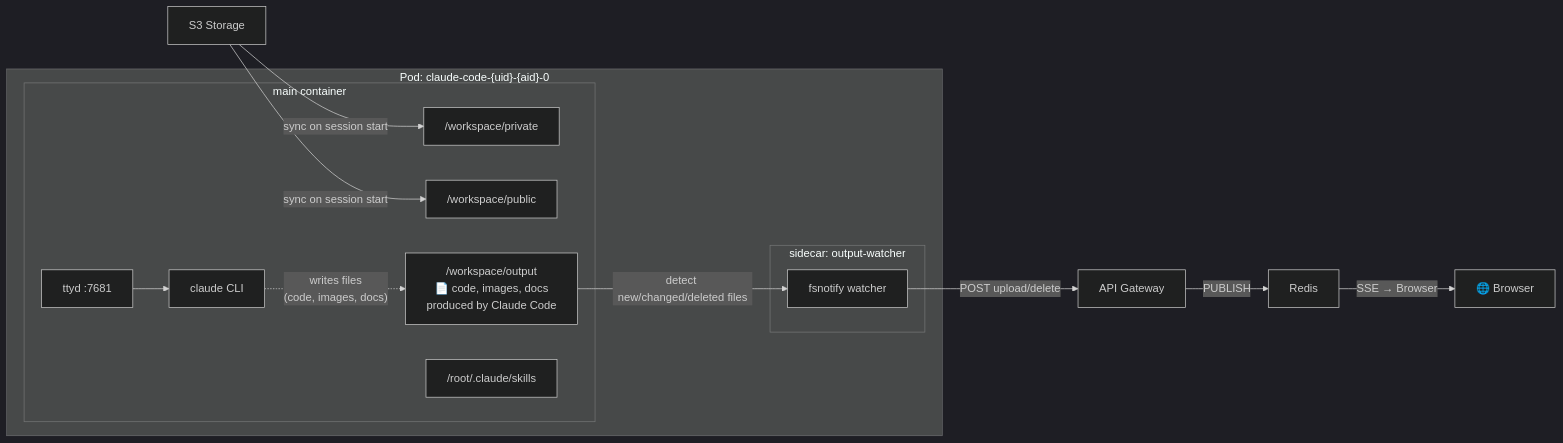
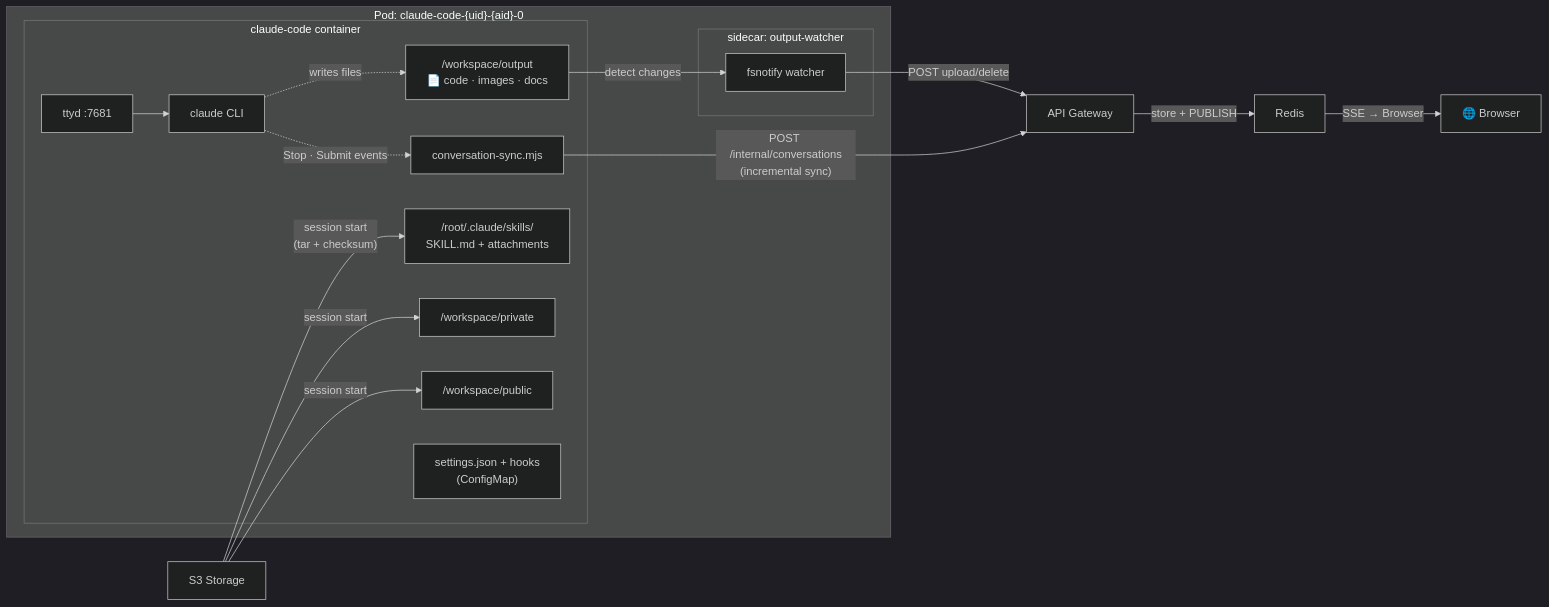
One commit to aireet/sac changed the second of 2 diagrams in README.md. Above: the diagram before and after it, drawn with Mermaid (dark theme). The commit also changed other lines of this file and 1 other file, not shown here.

First line of the commit message:
docs: redesign architecture diagrams with full system details

````diff
--- a/README.md
+++ b/README.md
@@ -71,23 +80,28 @@
 ```mermaid
 graph LR
     subgraph Pod["Pod: claude-code-{uid}-{aid}-0"]
-        subgraph Main["main container"]
+        subgraph Main["claude-code container"]
             ttyd["ttyd :7681"] --> claude["claude CLI"]
+            Hook["conversation-sync.mjs"]
             Private["/workspace/private"]
             Public["/workspace/public"]
-            Output["/workspace/output<br/>📄 code, images, docs<br/>produced by Claude Code"]
-            Skills["/root/.claude/skills"]
+            Output["/workspace/output<br/>📄 code · images · docs"]
+            Skills["/root/.claude/skills/<br/>SKILL.md + attachments"]
+            Settings["settings.json + hooks<br/>(ConfigMap)"]
         end
         subgraph Sidecar["sidecar: output-watcher"]
             Watcher["fsnotify watcher"]
         end
     end
 
-    claude -.->|"writes files<br/>(code, images, docs)"| Output
-    OSS["S3 Storage"] -->|"sync on session start"| Private
-    OSS -->|"sync on session start"| Public
-    Output -->|"detect new/changed/deleted files"| Watcher
-    Watcher -->|"POST upload/delete"| API["API Gateway"]
-    API -->|"PUBLISH"| Redis["Redis"]
+    claude -.->|"writes files"| Output
+    claude -.->|"Stop · Submit events"| Hook
+    Hook -->|"POST /internal/conversations<br/>(incremental sync)"| API["API Gateway"]
+    S3["S3 Storage"] -->|"session start<br/>(tar + checksum)"| Skills
+    S3 -->|"session start"| Private
+    S3 -->|"session start"| Public
+    Output -->|"detect changes"| Watcher
+    Watcher -->|"POST upload/delete"| API
+    API -->|"store + PUBLISH"| Redis["Redis"]
     Redis -->|"SSE → Browser"| Browser["🌐 Browser"]
 ```
````
